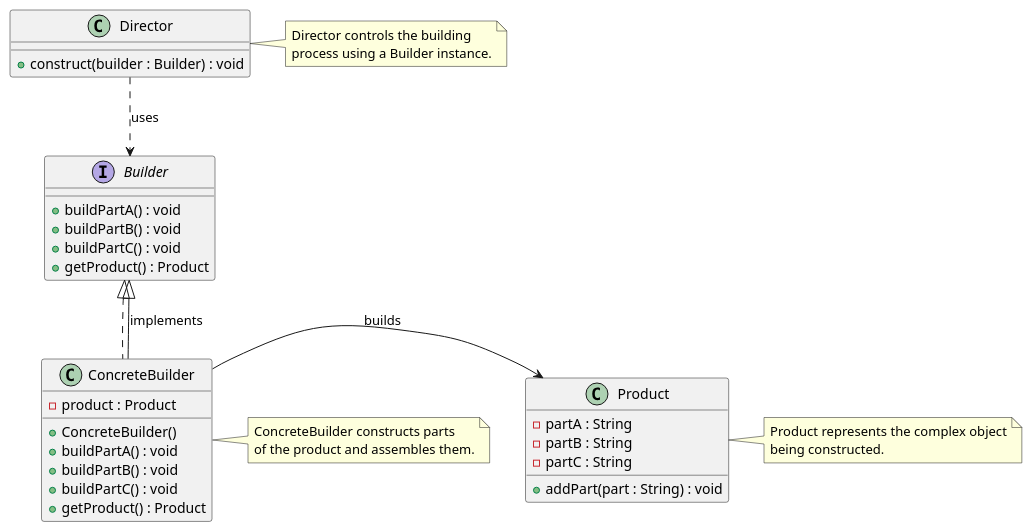
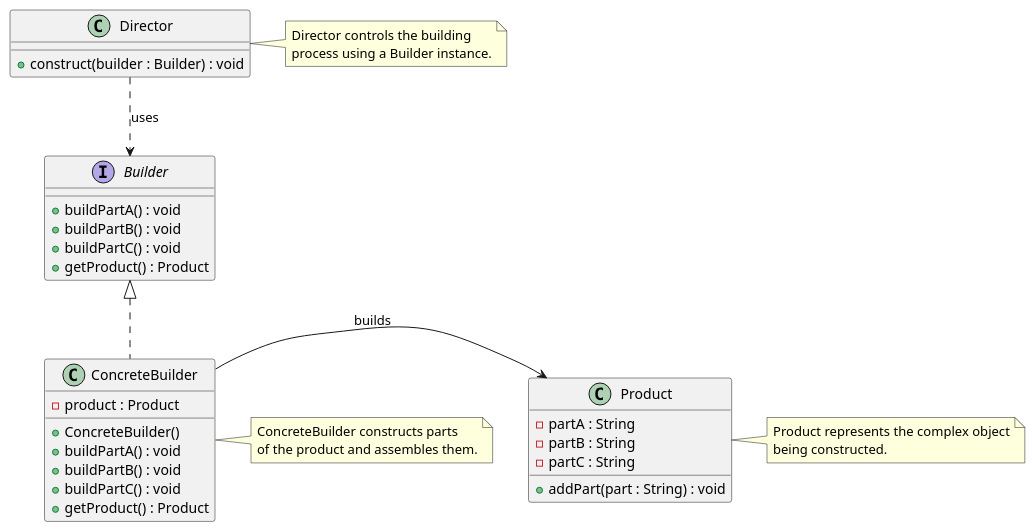
The diagram in Patterns/Manuscript/manuscript/plantUml/builder_class_diagram.plantuml (Gabriel-SoftwareAG/DesignPatterns), drawn with PlantUML before and after one commit. The commit also changed 24 other files, not shown here.

Commit message:
fix class diagrams

```diff
--- a/Patterns/Manuscript/manuscript/plantUml/builder_class_diagram.plantuml
+++ b/Patterns/Manuscript/manuscript/plantUml/builder_class_diagram.plantuml
@@ -1,49 +1,48 @@
 @startuml BuilderPatternClassDiagram
 
 class Director {
   +construct(builder : Builder) : void
 }
 
 interface Builder {
   +buildPartA() : void
   +buildPartB() : void
   +buildPartC() : void
   +getProduct() : Product
 }
 
 class ConcreteBuilder implements Builder {
   -product : Product
   +ConcreteBuilder()
   +buildPartA() : void
   +buildPartB() : void
   +buildPartC() : void
   +getProduct() : Product
 }
 
 class Product {
   -partA : String
   -partB : String
   -partC : String
   +addPart(part : String) : void
 }
 
 Director .down.> Builder : uses
-Builder <|-down- ConcreteBuilder : implements
 ConcreteBuilder -right-> Product : builds
 
 note right of Director
   Director controls the building
   process using a Builder instance.
 end note
 
 note right of ConcreteBuilder
   ConcreteBuilder constructs parts
   of the product and assembles them.
 end note
 
 note right of Product
   Product represents the complex object
   being constructed.
 end note
 
 @enduml
```
